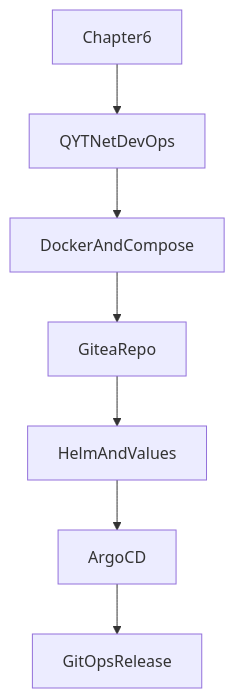
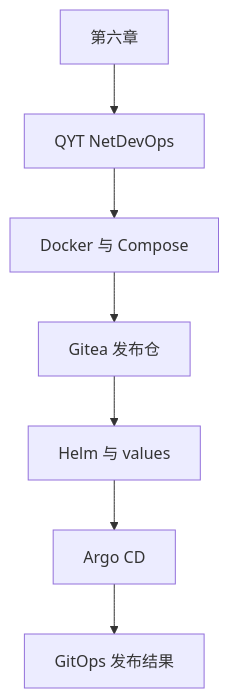
Before and after one commit to hwang-protocol/docker_k8s_2026: the second of 2 diagrams in k8s/06-gitops-and-automation/docs/02_overview_and_gitops_flow.md, drawn with Mermaid. The commit also changed other lines of this file and 33 other files, not shown here.

````diff
--- a/k8s/06-gitops-and-automation/docs/02_overview_and_gitops_flow.md
+++ b/k8s/06-gitops-and-automation/docs/02_overview_and_gitops_flow.md
@@ -159,17 +162,17 @@
 ```mermaid
 flowchart TD
-  chapter[Chapter6]
-  app[QYTNetDevOps]
-  docker[DockerAndCompose]
-  gitRepo[GiteaRepo]
-  helm[HelmAndValues]
-  argocd[ArgoCD]
-  release[GitOpsRelease]
+  chapter[第六章]
+  app[QYT NetDevOps]
+  docker[Docker 与 Compose]
+  gitRepo[Gitea 发布仓]
+  helm[Helm 与 values]
+  argocd[Argo CD]
+  release[GitOps 发布结果]
 
   chapter --> app
   app --> docker
   docker --> gitRepo
   gitRepo --> helm
   helm --> argocd
   argocd --> release
 ```
````
